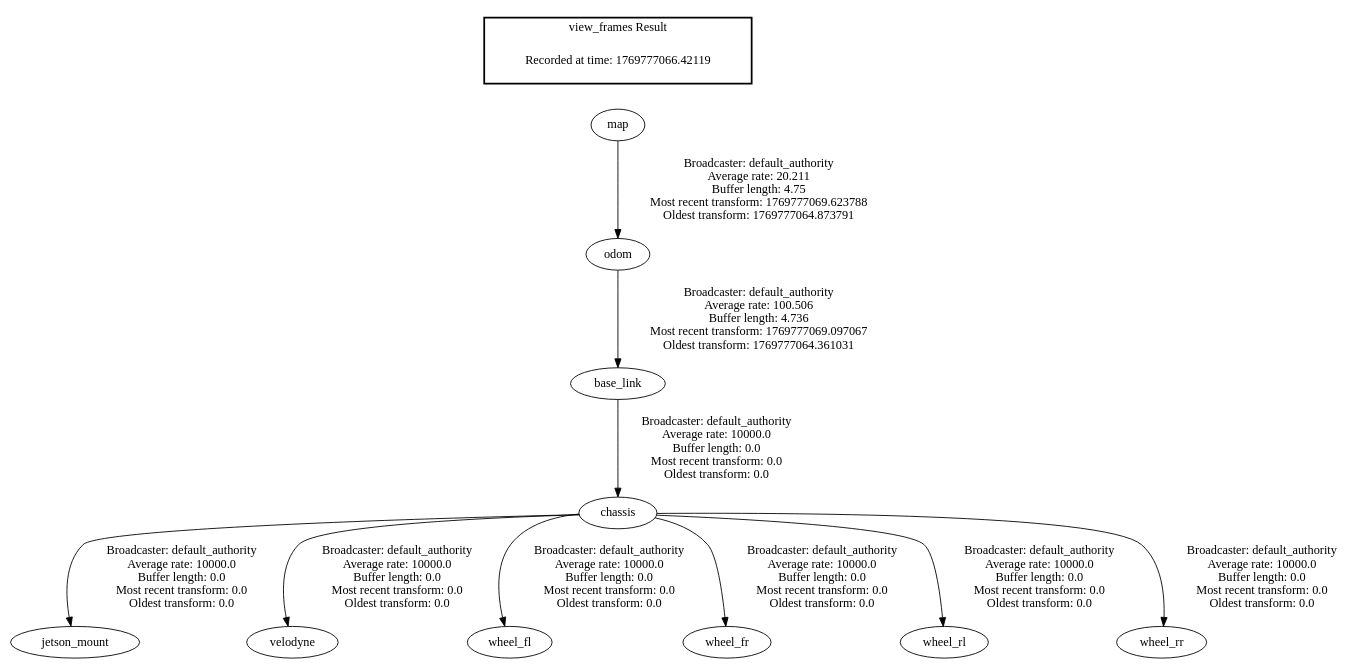
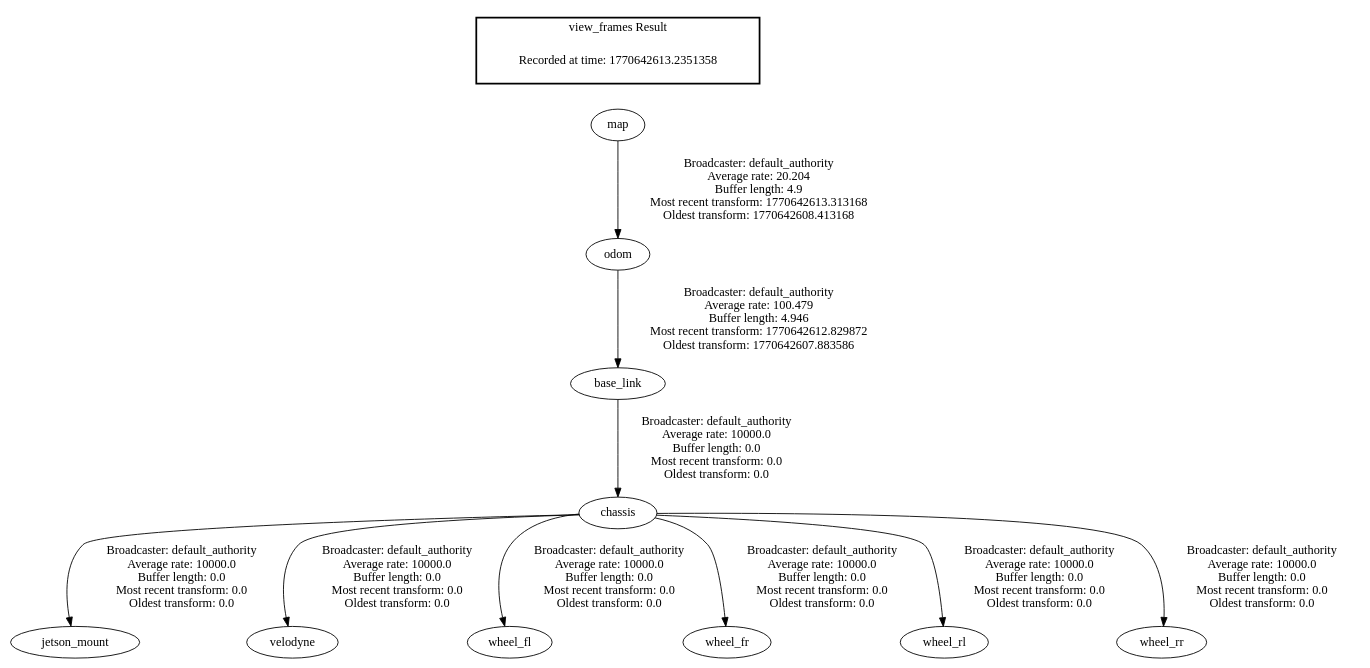
One commit to lukasderia/ros2_leo_ws changed the diagram in frames.gv. Above: the diagram before and after it, drawn with Graphviz. The commit also changed 2 other files, not shown here.

```diff
--- a/frames.gv
+++ b/frames.gv
@@ -1,15 +1,15 @@
 digraph G {
+"odom" -> "base_link"[label=" Broadcaster: default_authority\nAverage rate: 100.479\nBuffer length: 4.946\nMost recent transform: 1770642612.829872\nOldest transform: 1770642607.883586\n"];
+"map" -> "odom"[label=" Broadcaster: default_authority\nAverage rate: 20.204\nBuffer length: 4.9\nMost recent transform: 1770642613.313168\nOldest transform: 1770642608.413168\n"];
 "base_link" -> "chassis"[label=" Broadcaster: default_authority\nAverage rate: 10000.0\nBuffer length: 0.0\nMost recent transform: 0.0\nOldest transform: 0.0\n"];
-"odom" -> "base_link"[label=" Broadcaster: default_authority\nAverage rate: 100.506\nBuffer length: 4.736\nMost recent transform: 1769777069.097067\nOldest transform: 1769777064.361031\n"];
 "chassis" -> "jetson_mount"[label=" Broadcaster: default_authority\nAverage rate: 10000.0\nBuffer length: 0.0\nMost recent transform: 0.0\nOldest transform: 0.0\n"];
 "chassis" -> "velodyne"[label=" Broadcaster: default_authority\nAverage rate: 10000.0\nBuffer length: 0.0\nMost recent transform: 0.0\nOldest transform: 0.0\n"];
 "chassis" -> "wheel_fl"[label=" Broadcaster: default_authority\nAverage rate: 10000.0\nBuffer length: 0.0\nMost recent transform: 0.0\nOldest transform: 0.0\n"];
 "chassis" -> "wheel_fr"[label=" Broadcaster: default_authority\nAverage rate: 10000.0\nBuffer length: 0.0\nMost recent transform: 0.0\nOldest transform: 0.0\n"];
 "chassis" -> "wheel_rl"[label=" Broadcaster: default_authority\nAverage rate: 10000.0\nBuffer length: 0.0\nMost recent transform: 0.0\nOldest transform: 0.0\n"];
 "chassis" -> "wheel_rr"[label=" Broadcaster: default_authority\nAverage rate: 10000.0\nBuffer length: 0.0\nMost recent transform: 0.0\nOldest transform: 0.0\n"];
-"map" -> "odom"[label=" Broadcaster: default_authority\nAverage rate: 20.211\nBuffer length: 4.75\nMost recent transform: 1769777069.623788\nOldest transform: 1769777064.873791\n"];
 edge [style=invis];
  subgraph cluster_legend { style=bold; color=black; label ="view_frames Result";
-"Recorded at time: 1769777066.42119"[ shape=plaintext ] ;
+"Recorded at time: 1770642613.2351358"[ shape=plaintext ] ;
 }->"map";
 }
```
